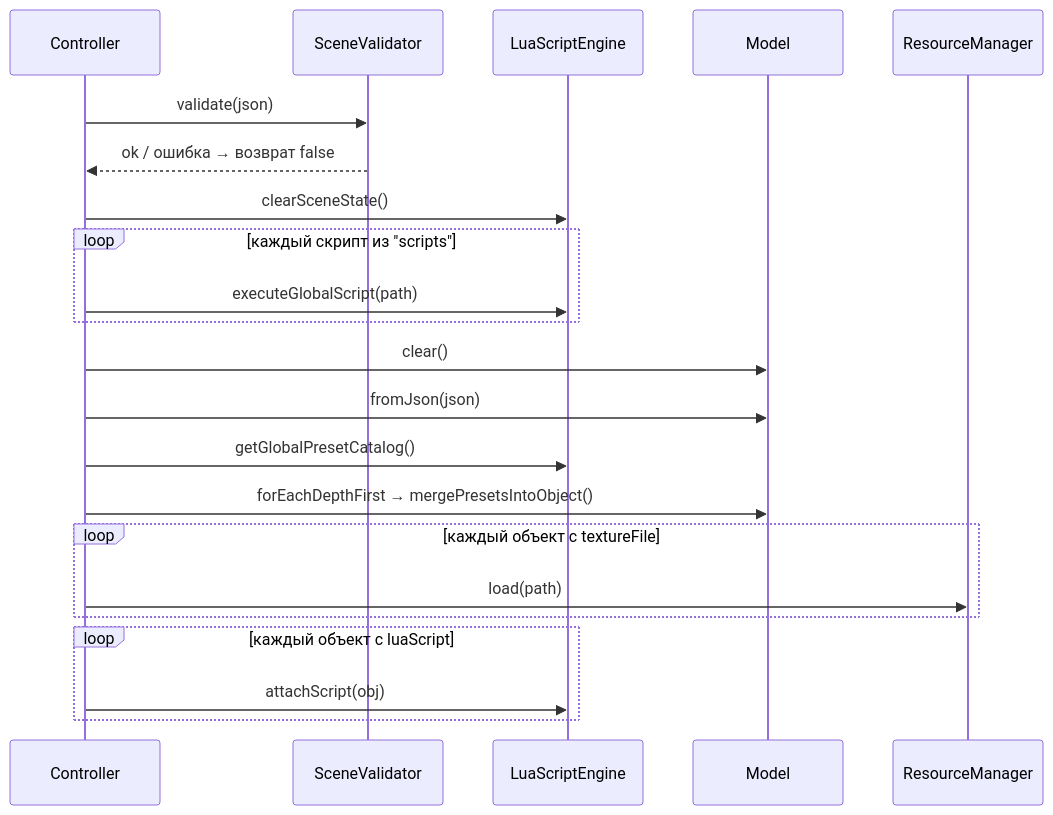
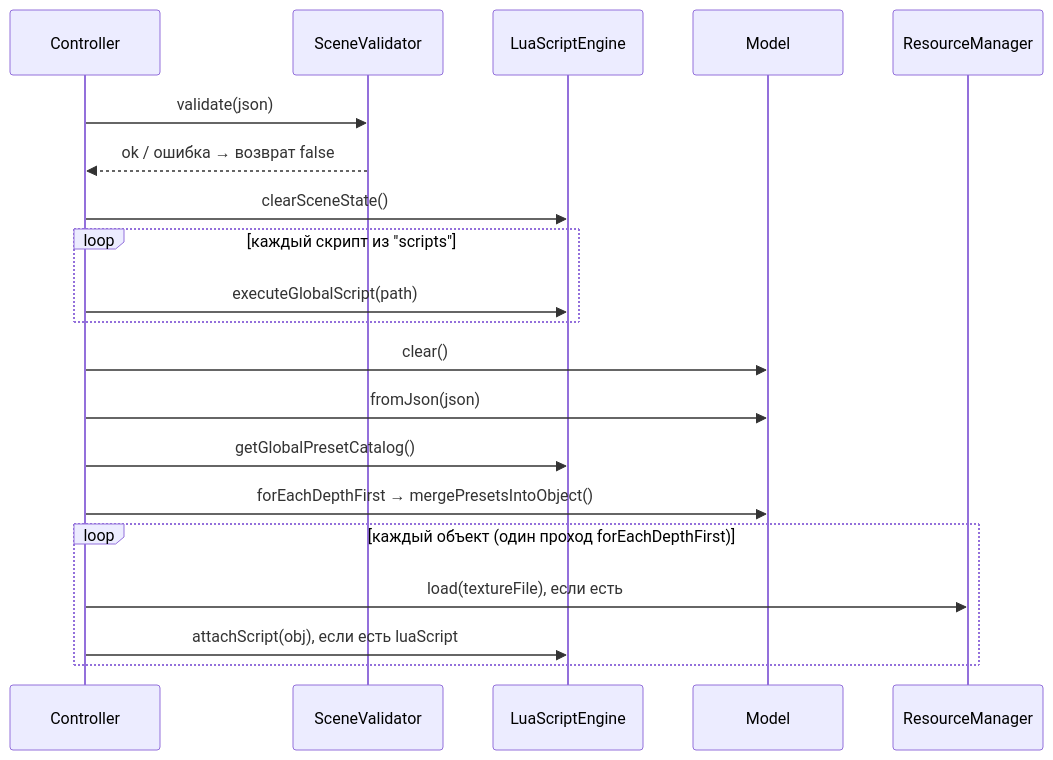
One commit to ilinyar2007-bit/DICE changed the second of 3 diagrams in docs/architecture.md. Above: the diagram before and after it, drawn with Mermaid. The commit also changed other lines of this file and 4 other files, not shown here.

````diff
--- a/docs/architecture.md
+++ b/docs/architecture.md
@@ -65,25 +65,23 @@
 ```mermaid
 sequenceDiagram
     participant C as Controller
     participant V as SceneValidator
     participant L as LuaScriptEngine
     participant M as Model
     participant R as ResourceManager
 
     C->>V: validate(json)
     V-->>C: ok / ошибка → возврат false
     C->>L: clearSceneState()
     loop каждый скрипт из "scripts"
         C->>L: executeGlobalScript(path)
     end
     C->>M: clear()
     C->>M: fromJson(json)
     C->>L: getGlobalPresetCatalog()
     C->>M: forEachDepthFirst → mergePresetsIntoObject()
-    loop каждый объект с textureFile
-        C->>R: load(path)
-    end
-    loop каждый объект с luaScript
-        C->>L: attachScript(obj)
+    loop каждый объект (один проход forEachDepthFirst)
+        C->>R: load(textureFile), если есть
+        C->>L: attachScript(obj), если есть luaScript
     end
 ```
````
